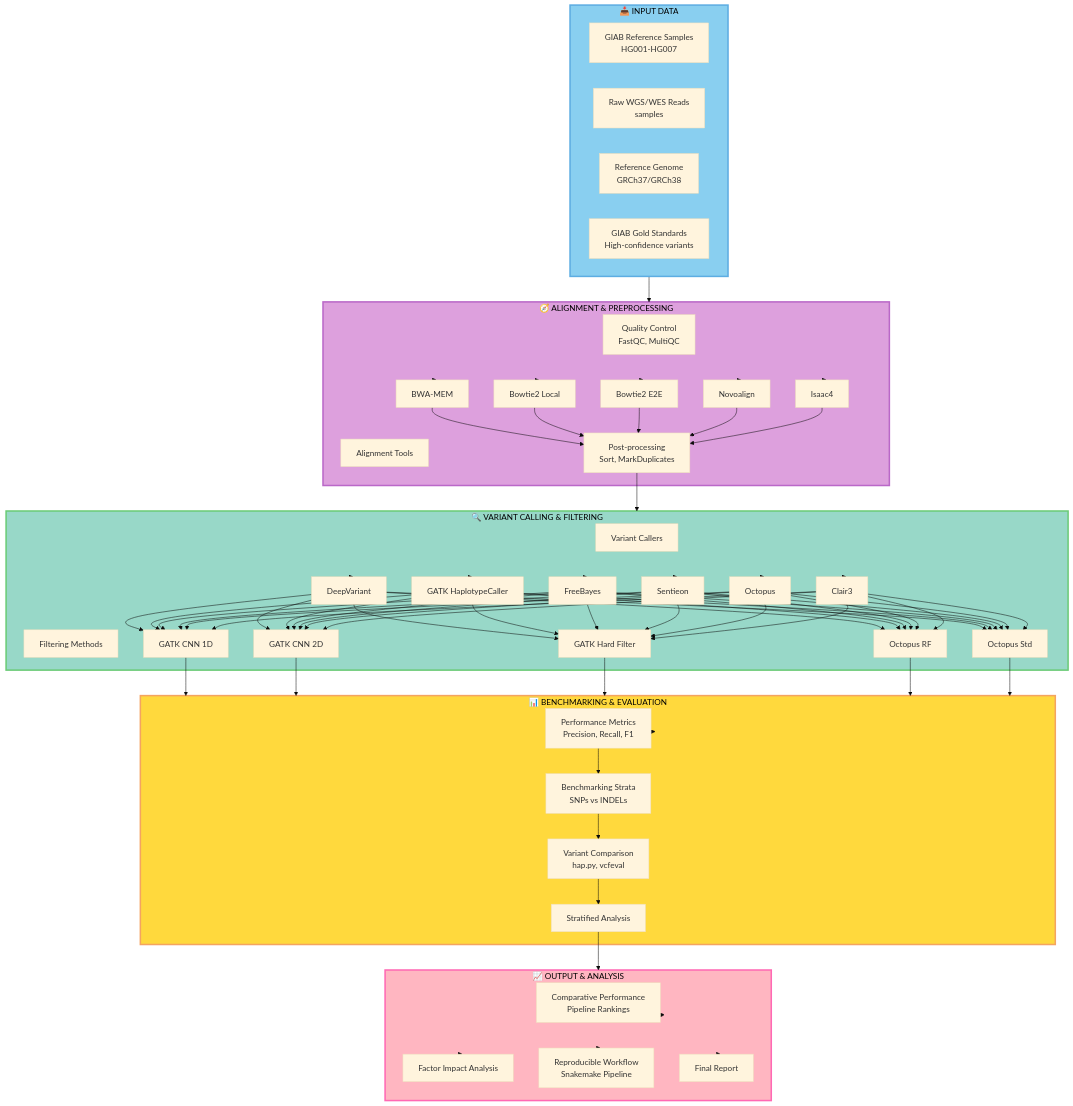
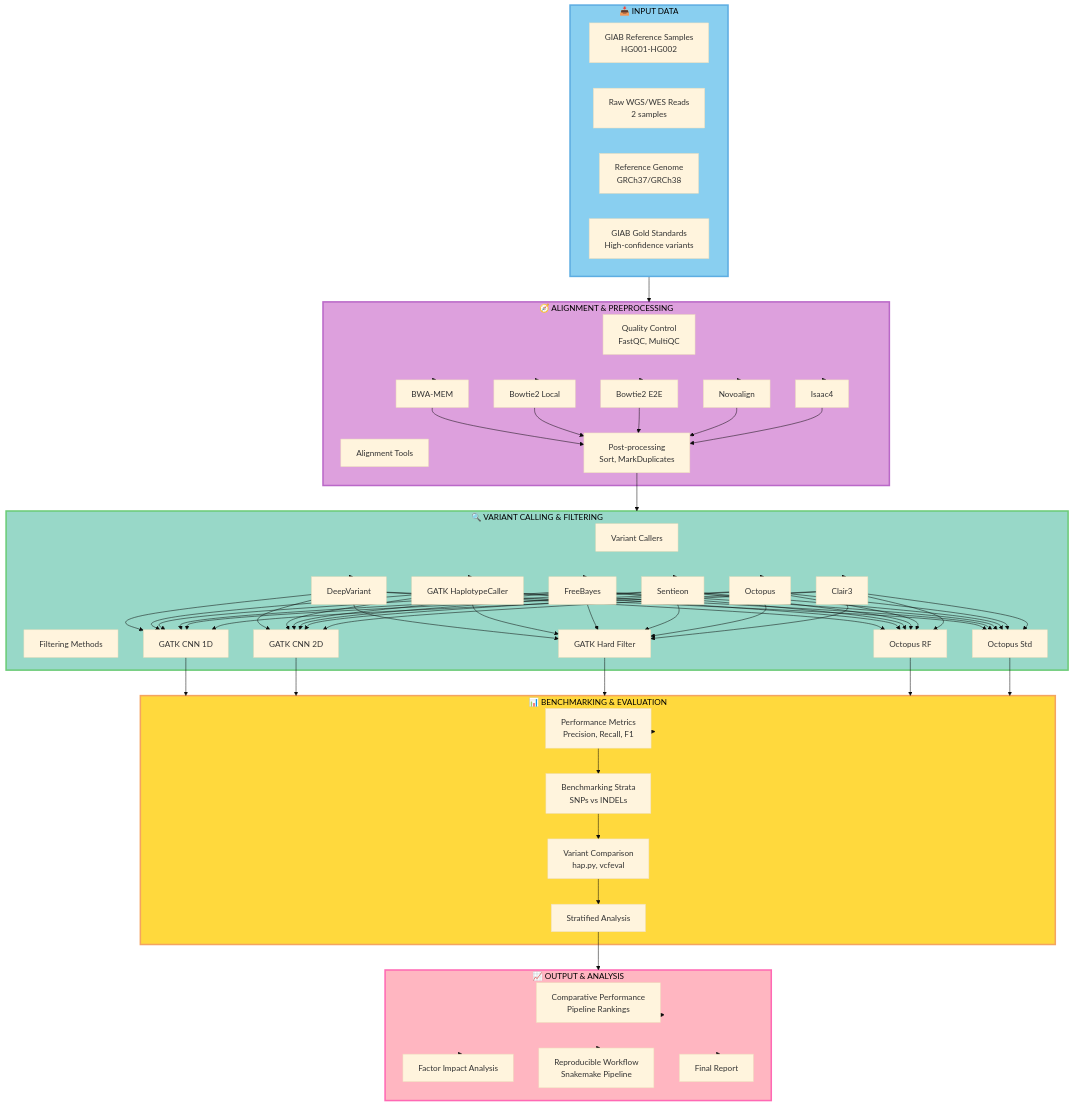
Before and after one commit to mtariqi/variant-calling-benchmark: the diagram in pipeline.md, drawn with Mermaid (base theme).

````diff
--- a/pipeline.md
+++ b/pipeline.md
@@ -3,73 +3,73 @@
 ```mermaid
 graph TD
     subgraph Input["📥 INPUT DATA"]
-        A1[GIAB Reference Samples<br/>HG001-HG007]
-        A2[Raw WGS/WES Reads<br/> samples]
+        A1[GIAB Reference Samples<br/>HG001-HG002]
+        A2[Raw WGS/WES Reads<br/> 2 samples]
         A3[Reference Genome<br/>GRCh37/GRCh38]
         A4[GIAB Gold Standards<br/>High-confidence variants]
     end
 
     subgraph Alignment["🧭 ALIGNMENT & PREPROCESSING"]
         B1[Quality Control<br/>FastQC, MultiQC]
         B2[Alignment Tools]
         B2A[BWA-MEM]
         B2B[Bowtie2 Local]
         B2C[Bowtie2 E2E]
         B2D[Novoalign]
         B2E[Isaac4]
         B3[Post-processing<br/>Sort, MarkDuplicates]
     end
 
     subgraph Calling["🔍 VARIANT CALLING & FILTERING"]
         C1[Variant Callers]
         C1A[DeepVariant]
         C1B[GATK HaplotypeCaller]
         C1C[FreeBayes]
         C1D[Sentieon]
         C1E[Octopus]
         C1F[Clair3]
         C2[Filtering Methods]
         C2A[GATK CNN 1D]
         C2B[GATK CNN 2D]
         C2C[GATK Hard Filter]
         C2D[Octopus RF]
         C2E[Octopus Std]
     end
 
     subgraph Benchmark["📊 BENCHMARKING & EVALUATION"]
         D1[Performance Metrics<br/>Precision, Recall, F1]
         D2[Benchmarking Strata<br/>SNPs vs INDELs]
         D3[Variant Comparison<br/>hap.py, vcfeval]
         D4[Stratified Analysis]
     end
 
     subgraph Output["📈 OUTPUT & ANALYSIS"]
         E1[Comparative Performance<br/>Pipeline Rankings]
         E2[Factor Impact Analysis]
         E3[Reproducible Workflow<br/>Snakemake Pipeline]
         E4[Final Report]
     end
 
     Input --> Alignment
     Alignment --> B2A & B2B & B2C & B2D & B2E
     B2A & B2B & B2C & B2D & B2E --> B3
     B3 --> Calling
     Calling --> C1A & C1B & C1C & C1D & C1E & C1F
     C1A & C1B & C1C & C1D & C1E & C1F --> C2A & C2B & C2C & C2D & C2E
     C2A & C2B & C2C & C2D & C2E --> Benchmark
     Benchmark --> D1 --> D2 --> D3 --> D4
     D4 --> Output
     Output --> E1 & E2 & E3 & E4
 
     classDef inputStyle fill:#89CFF0,stroke:#5DADE2,stroke-width:3px,color:#000
     classDef alignStyle fill:#DDA0DD,stroke:#BA68C8,stroke-width:3px,color:#000
     classDef callStyle fill:#98D8C8,stroke:#6BCB77,stroke-width:3px,color:#000
     classDef benchStyle fill:#FFD93D,stroke:#F4A460,stroke-width:3px,color:#000
     classDef outStyle fill:#FFB6C1,stroke:#FF69B4,stroke-width:3px,color:#000
 
     class Input inputStyle
     class Alignment alignStyle
     class Calling callStyle
     class Benchmark benchStyle
     class Output outStyle
 ```
````
